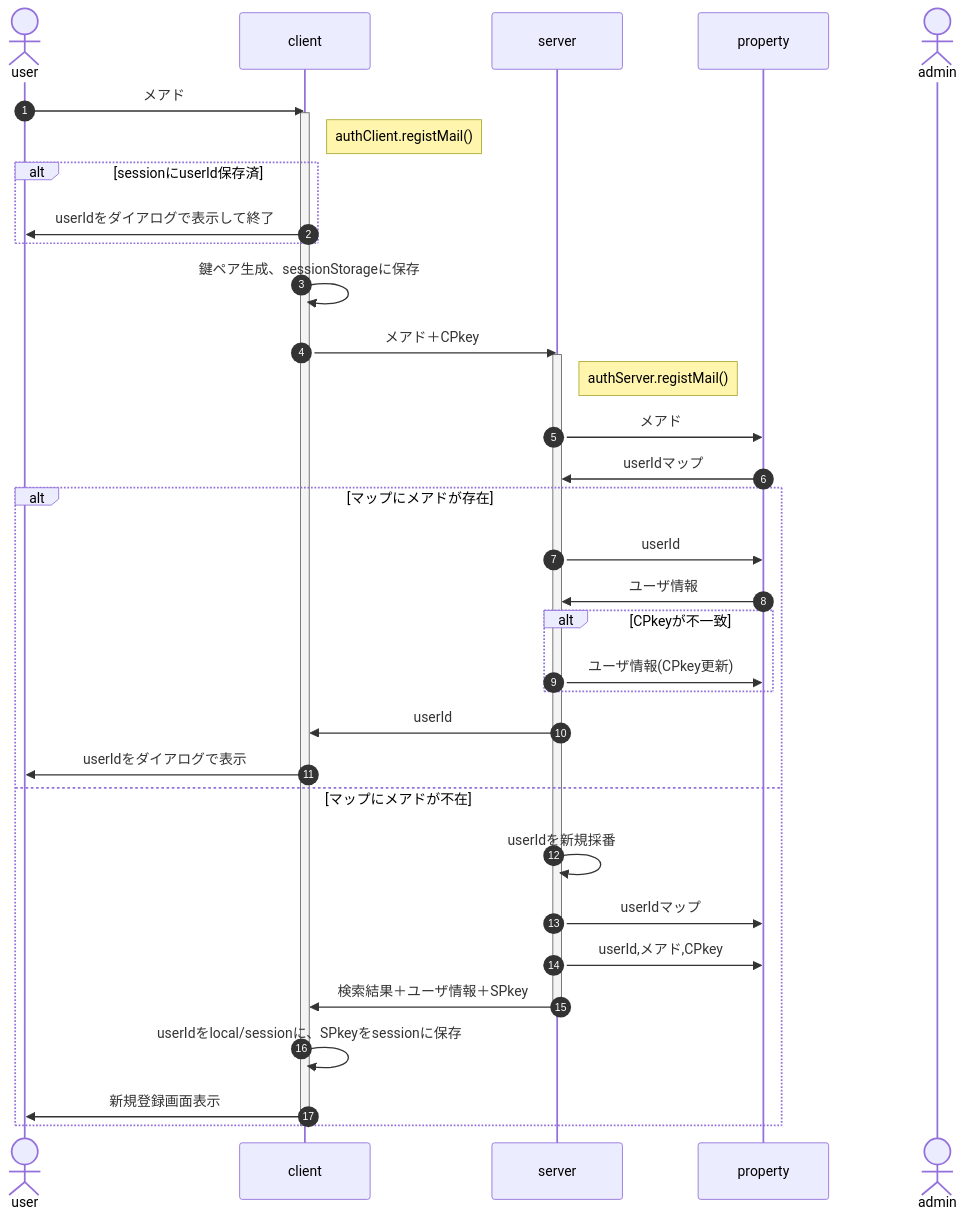
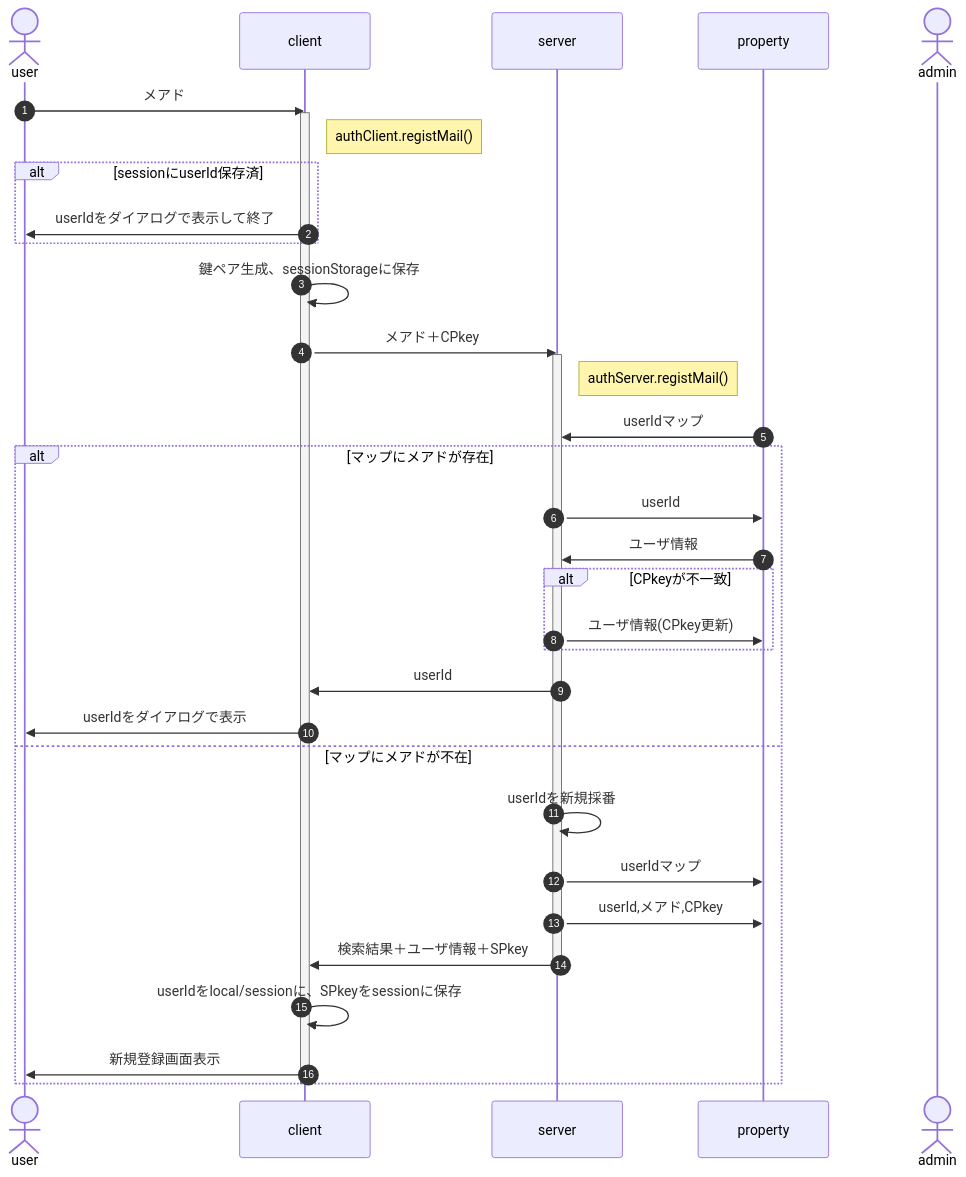
Before and after one commit to nakaone/library: the diagram in Auth/2.0.0/doc/entry.md, drawn with Mermaid. The commit also changed 5 other files, not shown here.

````diff
--- a/Auth/2.0.0/doc/entry.md
+++ b/Auth/2.0.0/doc/entry.md
@@ -5,40 +5,39 @@
 ```mermaid
 sequenceDiagram
   autonumber
   actor user
   participant client
   participant server
   participant property
   actor admin
 
   user ->> client : メアド
   activate client
   Note right of client : authClient.registMail()
   alt sessionにuserId保存済
     client ->> user : userIdをダイアログで表示して終了
   end
   client ->> client : 鍵ペア生成、sessionStorageに保存
   client ->> server : メアド＋CPkey
   activate server
   Note right of server : authServer.registMail()
-  server ->> property : メアド
   property ->> server : userIdマップ
   alt マップにメアドが存在
     server ->> property : userId
     property ->> server : ユーザ情報
     alt CPkeyが不一致
       server ->> property : ユーザ情報(CPkey更新)
     end
     server ->> client : userId
     client ->> user : userIdをダイアログで表示
   else マップにメアドが不在
     server ->> server : userIdを新規採番
     server ->> property : userIdマップ
     server ->> property : userId,メアド,CPkey
     server ->> client : 検索結果＋ユーザ情報＋SPkey
     deactivate server
     client ->> client : userIdをlocal/sessionに、SPkeyをsessionに保存
     client ->> user : 新規登録画面表示
   end
   deactivate client
 ```
````
